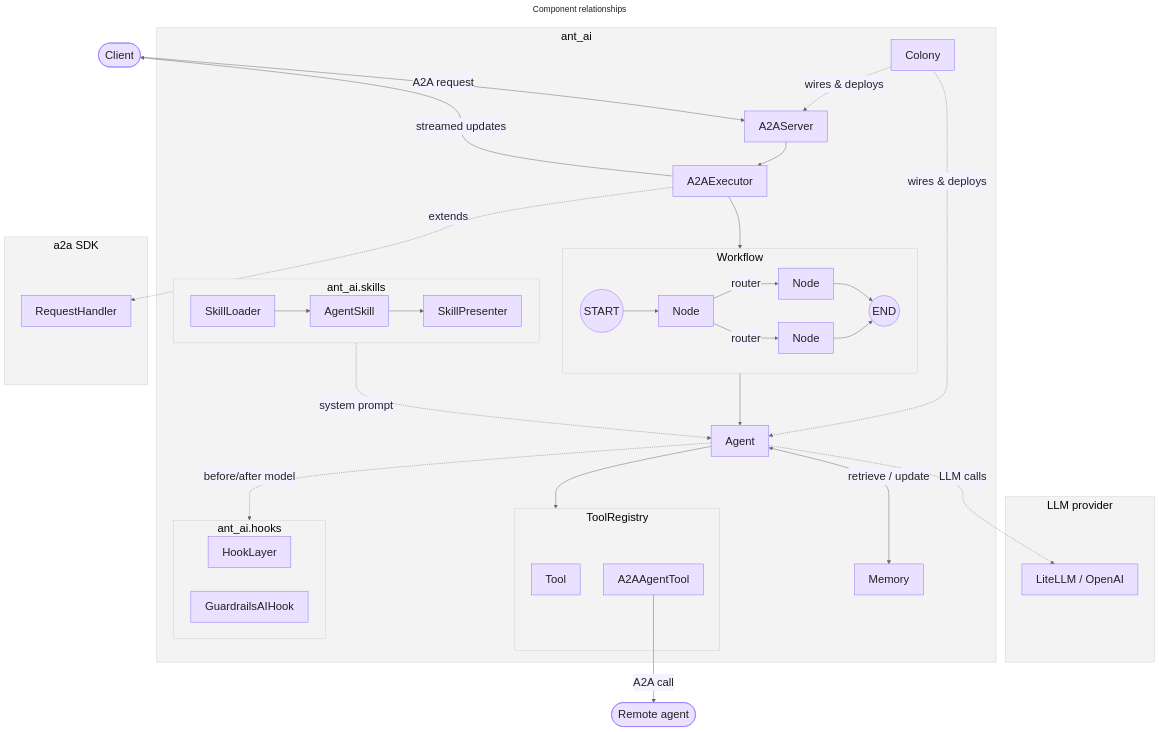
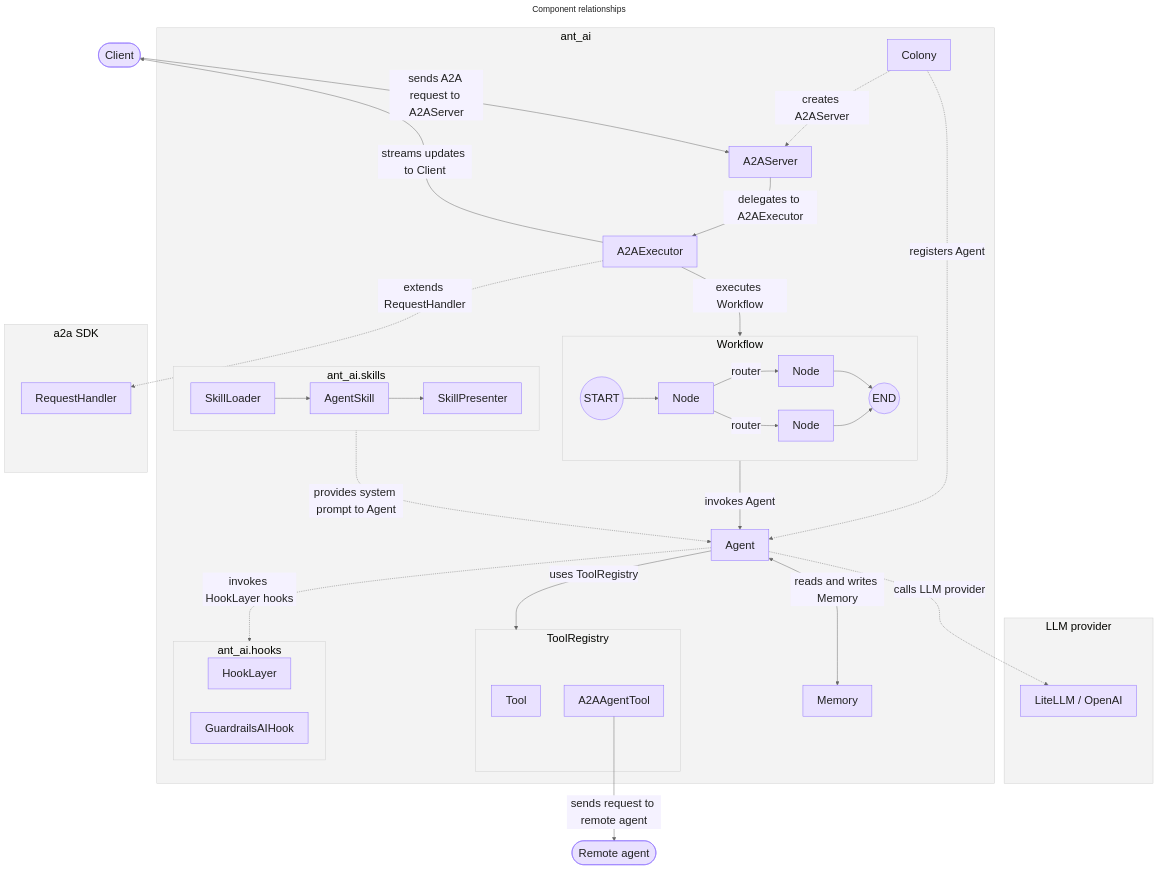
The diagram in docs/docs/architecture/component-relationships.mmd (idea-idsia/ant-ai), drawn with Mermaid before and after one commit. The commit also changed 8 other files, not shown here.

```diff
--- a/docs/docs/architecture/component-relationships.mmd
+++ b/docs/docs/architecture/component-relationships.mmd
@@ -1,77 +1,79 @@
 ---
 title: Component relationships
 config:
   theme: base
   themeVariables:
     background: '#ffffff'
     primaryColor: '#E9E1FF'
     primaryTextColor: '#222222'
     primaryBorderColor: '#8B6DFF'
     lineColor: '#666666'
     secondaryColor: '#F5F2FF'
     tertiaryColor: '#FBFAFF'
     clusterBkg: '#F3F3F3'
     clusterBorder: '#CFCFCF'
     fontFamily: 'Inter, Arial, sans-serif'
     fontSize: '24px'
 ---
 flowchart TD
-    Client(["Client"])
-    Remote(["Remote agent"])
+    Client([Client])
+    Remote([Remote agent])
 
-    subgraph ext_llm["LLM provider"]
-        LLM["LiteLLM / OpenAI"]
+    subgraph ext_llm[LLM provider]
+        LLM[LiteLLM / OpenAI]
     end
 
-    subgraph hm["ant_ai"]
-        Colony["Colony"]
-        A2AS["A2AServer"]
-        Exec["A2AExecutor"]
-        Agent["Agent"]
-        Memory["Memory"]
+    subgraph hm[ant_ai]
+        Colony[Colony]
+        A2AS[A2AServer]
+        Exec[A2AExecutor]
+        Agent[Agent]
+        Memory[Memory]
 
-        subgraph reg["ToolRegistry"]
-            Tool["Tool"]
-            A2AT["A2AAgentTool"]
+        subgraph reg[ToolRegistry]
+            Tool[Tool]
+            A2AT[A2AAgentTool]
         end
 
-        subgraph wf["Workflow"]
+        subgraph wf[Workflow]
             direction LR
-            S(("START")) --> N1["Node"]
-            N1 -->|router| N2["Node"]
-            N1 -->|router| N3["Node"]
-            N2 --> E(("END"))
+            S((START)) --> N1[Node]
+            N1 -->|router| N2[Node]
+            N1 -->|router| N3[Node]
+            N2 --> E((END))
             N3 --> E
         end
 
-        subgraph skills["ant_ai.skills"]
+        subgraph skills[ant_ai.skills]
             direction LR
-            SkillLoader["SkillLoader"] --> AgentSkill["AgentSkill"]
-            AgentSkill --> SkillPresenter["SkillPresenter"]
+            SkillLoader[SkillLoader] --> AgentSkill[AgentSkill]
+            AgentSkill --> SkillPresenter[SkillPresenter]
         end
 
-        subgraph hooks_sub["ant_ai.hooks"]
-            HookLayer["HookLayer"]
-            GuardrailsHook["GuardrailsAIHook"]
+        subgraph hooks_sub[ant_ai.hooks]
+            HookLayer[HookLayer]
+            GuardrailsHook[GuardrailsAIHook]
         end
 
-        Colony -.->|"wires & deploys"| A2AS
-        Colony -.->|"wires & deploys"| Agent
-        A2AS --> Exec
-        Exec --> wf
-        wf --> Agent
-        Agent --> reg
-        SkillPresenter -.->|"system prompt"| Agent
-        Agent <-->|"retrieve / update"| Memory
-        Agent -.->|"before/after model"| hooks_sub
+        Colony -.->|creates A2AServer| A2AS
+        Colony -.->|registers Agent| Agent
+
+        A2AS -->|delegates to A2AExecutor| Exec
+        Exec -->|executes Workflow| wf
+        wf -->|invokes Agent| Agent
+
+        Agent -->|uses ToolRegistry| reg
+        SkillPresenter -.->|provides system prompt to Agent| Agent
+        Agent <-->|reads and writes Memory| Memory
+        Agent -.->|invokes HookLayer hooks| hooks_sub
     end
 
-    subgraph ext_a2a["a2a SDK"]
-        SDK["RequestHandler"]
+    subgraph ext_a2a[a2a SDK]
+        SDK[RequestHandler]
     end
 
-    Client -->|"A2A request"| A2AS
-    Exec -.->|"extends"| SDK
-    Agent -.->|"LLM calls"| LLM
-    A2AT -->|"A2A call"| Remote
-    Exec -->|"streamed updates"| Client
+    Client -->|sends A2A request to A2AServer| A2AS
+    Exec -.->|extends RequestHandler| SDK
+    Agent -.->|calls LLM provider| LLM
+    A2AT -->|sends request to remote agent| Remote
+    Exec -->|streams updates to Client| Client
```
